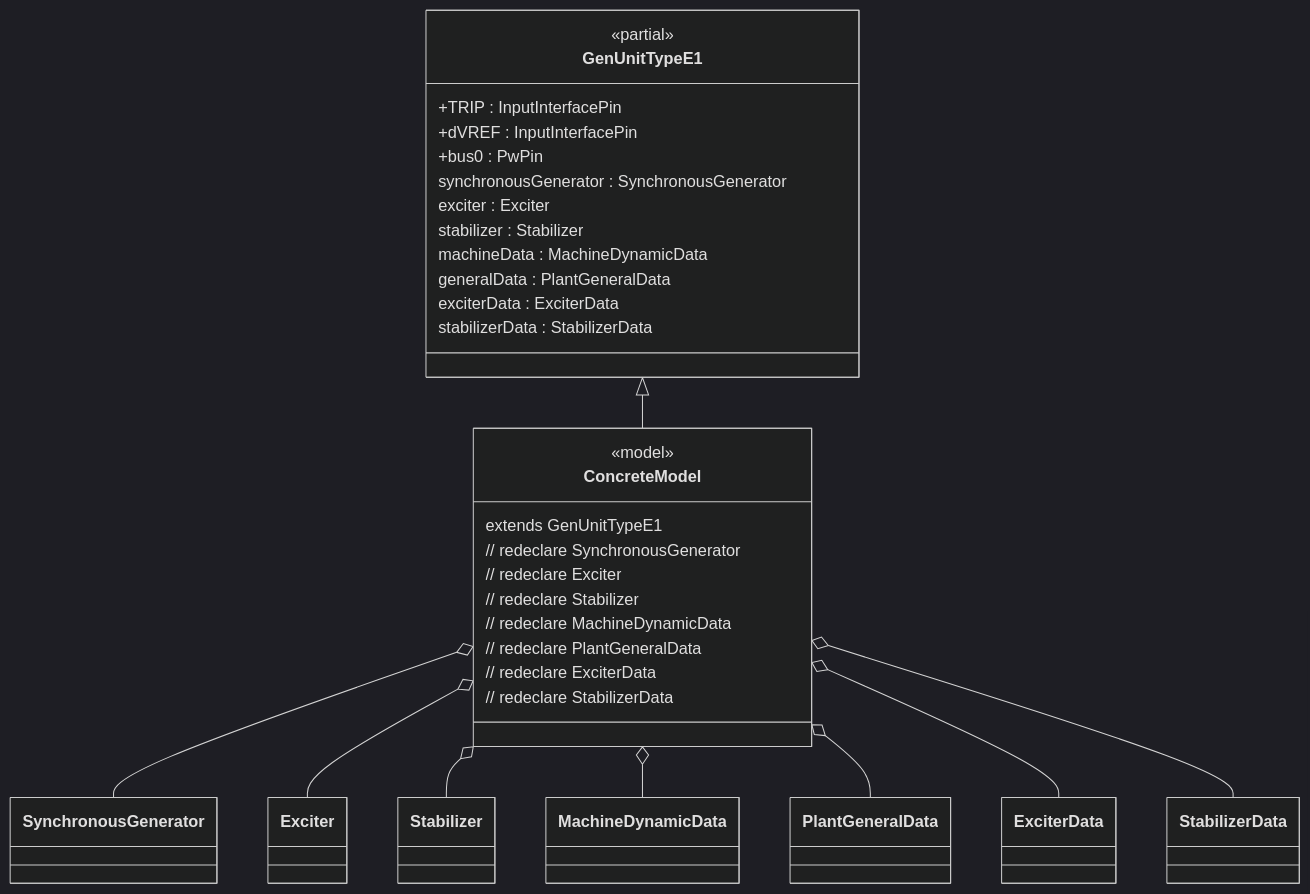
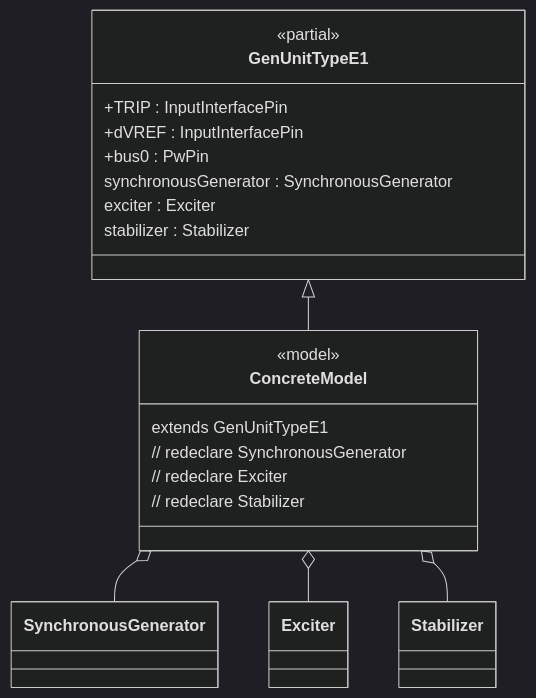
The second of 4 diagrams in modelica/OpalRT/docs/TypeE.md (Opal-RT-Technologies/ephasorsim-modelica-library), drawn with Mermaid (dark theme) before and after one commit. The commit also changed other lines of this file and 56 other files, not shown here.

````diff
--- a/modelica/OpalRT/docs/TypeE.md
+++ b/modelica/OpalRT/docs/TypeE.md
@@ -102,37 +72,25 @@
 ```mermaid
 classDiagram
   class GenUnitTypeE1 {
     <<partial>>
     +TRIP : InputInterfacePin
     +dVREF : InputInterfacePin
     +bus0 : PwPin
     synchronousGenerator : SynchronousGenerator
     exciter : Exciter
     stabilizer : Stabilizer
-    machineData : MachineDynamicData
-    generalData : PlantGeneralData
-    exciterData : ExciterData
-    stabilizerData : StabilizerData
   }
 
   class ConcreteModel {
     <<model>>
     extends GenUnitTypeE1
     // redeclare SynchronousGenerator
     // redeclare Exciter
     // redeclare Stabilizer
-    // redeclare MachineDynamicData
-    // redeclare PlantGeneralData
-    // redeclare ExciterData
-    // redeclare StabilizerData
   }
 
   GenUnitTypeE1 <|-- ConcreteModel
   ConcreteModel o-- SynchronousGenerator
   ConcreteModel o-- Exciter
   ConcreteModel o-- Stabilizer
-  ConcreteModel o-- MachineDynamicData
-  ConcreteModel o-- PlantGeneralData
-  ConcreteModel o-- ExciterData
-  ConcreteModel o-- StabilizerData
 ```
````
